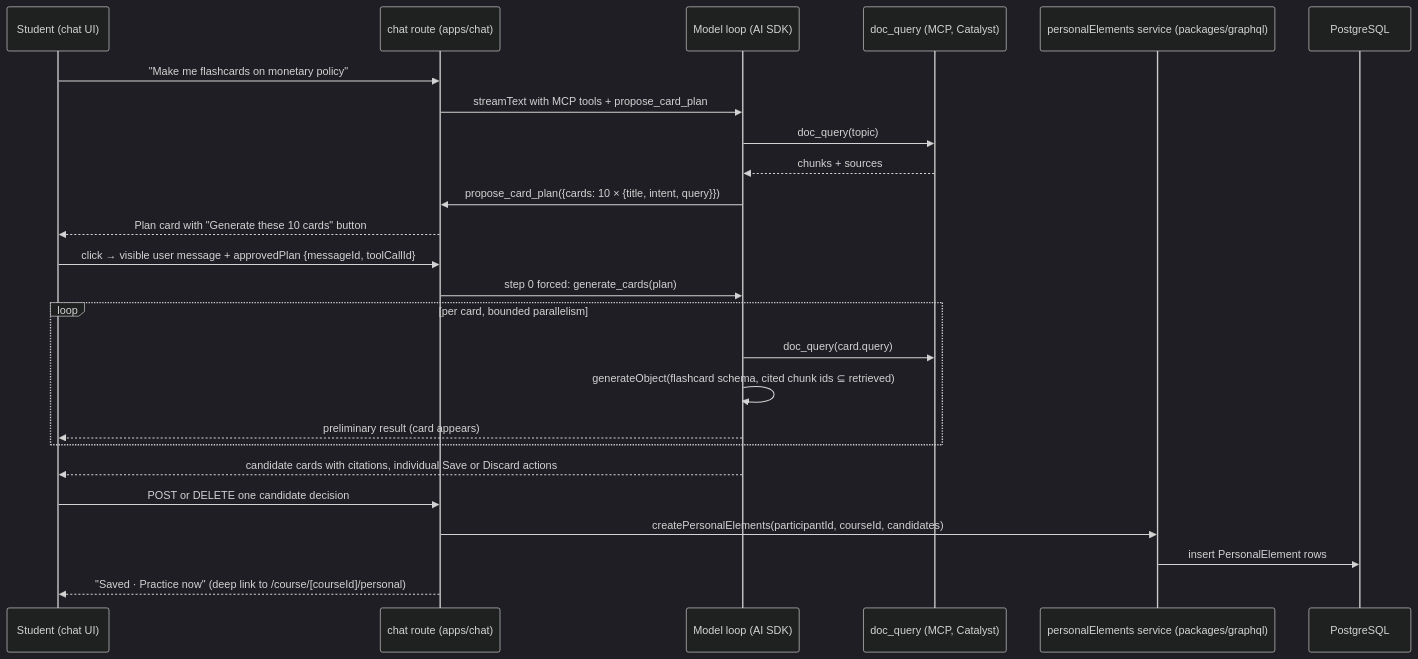
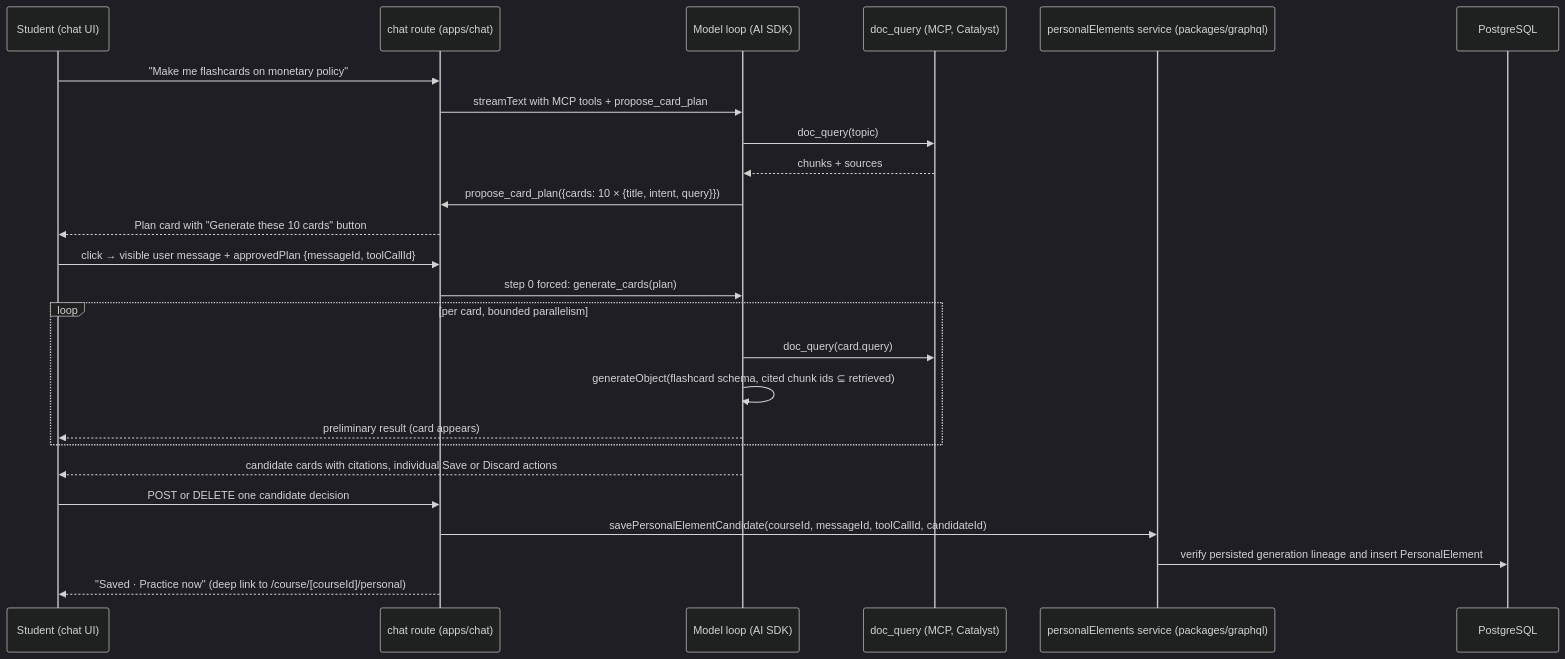
Before and after one commit to uzh-bf/klicker-uzh: the diagram in project/2026-08-21-student-generated-practice-elements-plan.md, drawn with Mermaid (dark theme). The commit also changed other lines of this file and 20 other files, not shown here.

````diff
--- a/project/2026-08-21-student-generated-practice-elements-plan.md
+++ b/project/2026-08-21-student-generated-practice-elements-plan.md
@@ -52,28 +52,28 @@
 ```mermaid
 sequenceDiagram
   participant S as Student (chat UI)
   participant R as chat route (apps/chat)
   participant M as Model loop (AI SDK)
   participant Q as doc_query (MCP, Catalyst)
   participant P as personalElements service (packages/graphql)
   participant DB as PostgreSQL
 
   S->>R: "Make me flashcards on monetary policy"
   R->>M: streamText with MCP tools + propose_card_plan
   M->>Q: doc_query(topic)
   Q-->>M: chunks + sources
   M->>R: propose_card_plan({cards: 10 × {title, intent, query}})
   R-->>S: Plan card with "Generate these 10 cards" button
   S->>R: click → visible user message + approvedPlan {messageId, toolCallId}
   R->>M: step 0 forced: generate_cards(plan)
   loop per card, bounded parallelism
     M->>Q: doc_query(card.query)
     M->>M: generateObject(flashcard schema, cited chunk ids ⊆ retrieved)
     M-->>S: preliminary result (card appears)
   end
   M-->>S: candidate cards with citations, individual Save or Discard actions
   S->>R: POST or DELETE one candidate decision
-  R->>P: createPersonalElements(participantId, courseId, candidates)
-  P->>DB: insert PersonalElement rows
+  R->>P: savePersonalElementCandidate(courseId, messageId, toolCallId, candidateId)
+  P->>DB: verify persisted generation lineage and insert PersonalElement
   R-->>S: "Saved · Practice now" (deep link to /course/[courseId]/personal)
 ```
````
